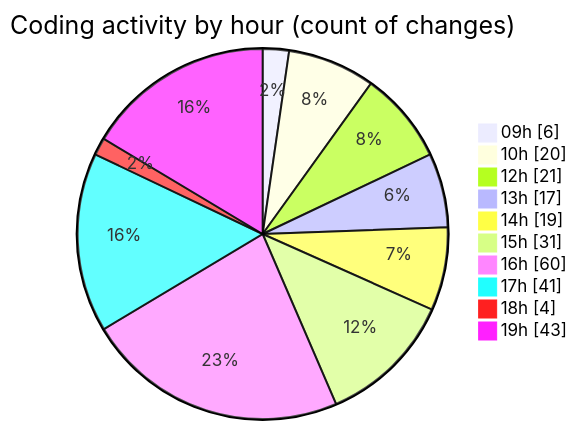
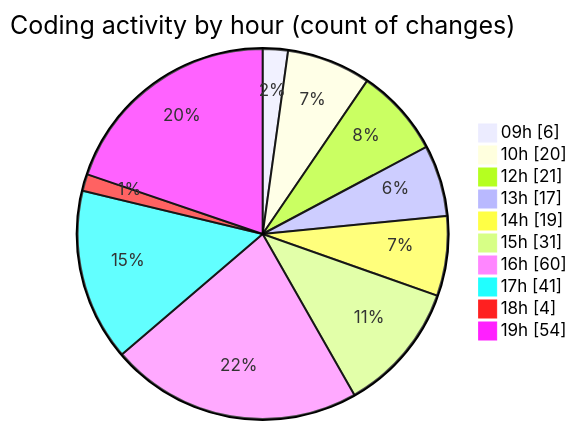
Before and after one commit to becaeroporto-bot/code-tracking: the second of 2 diagrams in 2026-02-18/bot_v1_2/README.md, drawn with Mermaid. The commit also changed other lines of this file and 1 other file, not shown here.

````diff
--- a/2026-02-18/bot_v1_2/README.md
+++ b/2026-02-18/bot_v1_2/README.md
@@ -58,14 +58,14 @@
 ```mermaid
 pie showData
 title Coding activity by hour (count of changes)
 "09h" : 6
 "10h" : 20
 "12h" : 21
 "13h" : 17
 "14h" : 19
 "15h" : 31
 "16h" : 60
 "17h" : 41
 "18h" : 4
-"19h" : 43
+"19h" : 54
 ```
````
